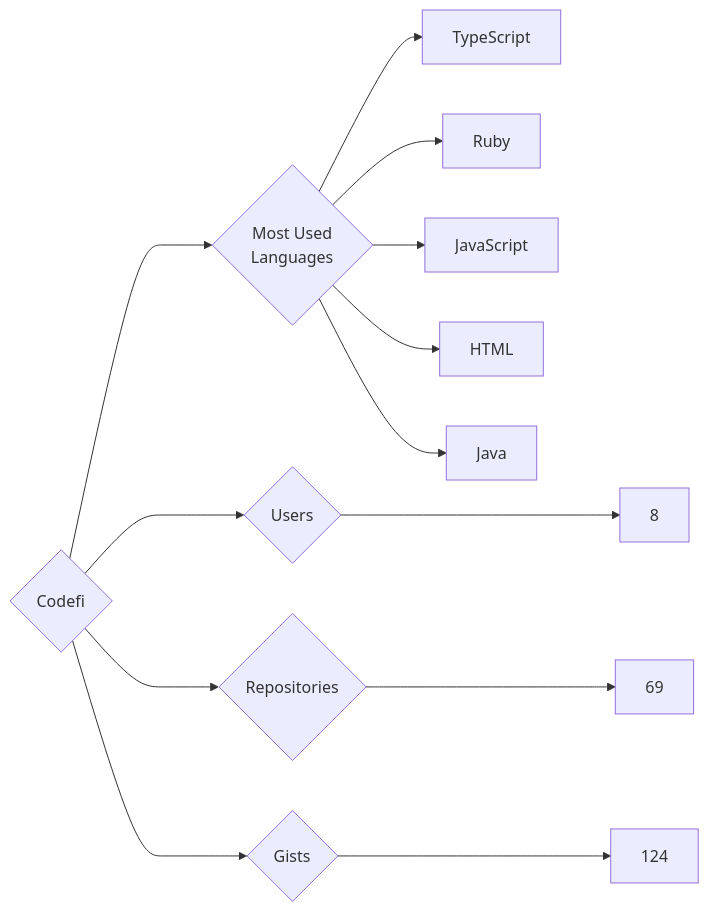
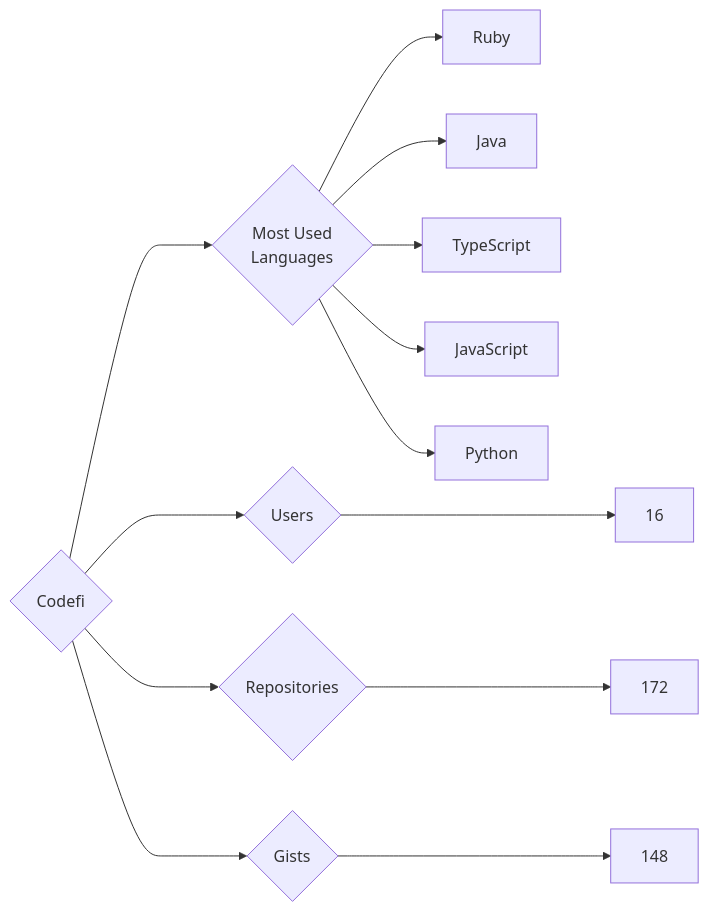
One commit to trickest/insiders changed the diagram in targets/Codefi/README.md. Above: the diagram before and after it, drawn with Mermaid. The commit also changed 1175 other files, not shown here.

````diff
--- a/targets/Codefi/README.md
+++ b/targets/Codefi/README.md
@@ -3,13 +3,13 @@
 ```mermaid
 graph LR
 COMPANY_NAME{Codefi}
-COMPANY_NAME ---> U{Users} ---> UN[8]
-COMPANY_NAME ---> R{Repositories} ---> RN[69]
-COMPANY_NAME ---> G{Gists} ---> GN[124]
+COMPANY_NAME ---> U{Users} ---> UN[16]
+COMPANY_NAME ---> R{Repositories} ---> RN[172]
+COMPANY_NAME ---> G{Gists} ---> GN[148]
 COMPANY_NAME ---> ML{Most Used<br>Languages}
+ML --> Ruby[Ruby]
+ML --> Java[Java]
 ML --> TypeScript[TypeScript]
-ML --> Ruby[Ruby]
 ML --> JavaScript[JavaScript]
-ML --> HTML[HTML]
-ML --> Java[Java]
+ML --> Python[Python]
 ```
````
